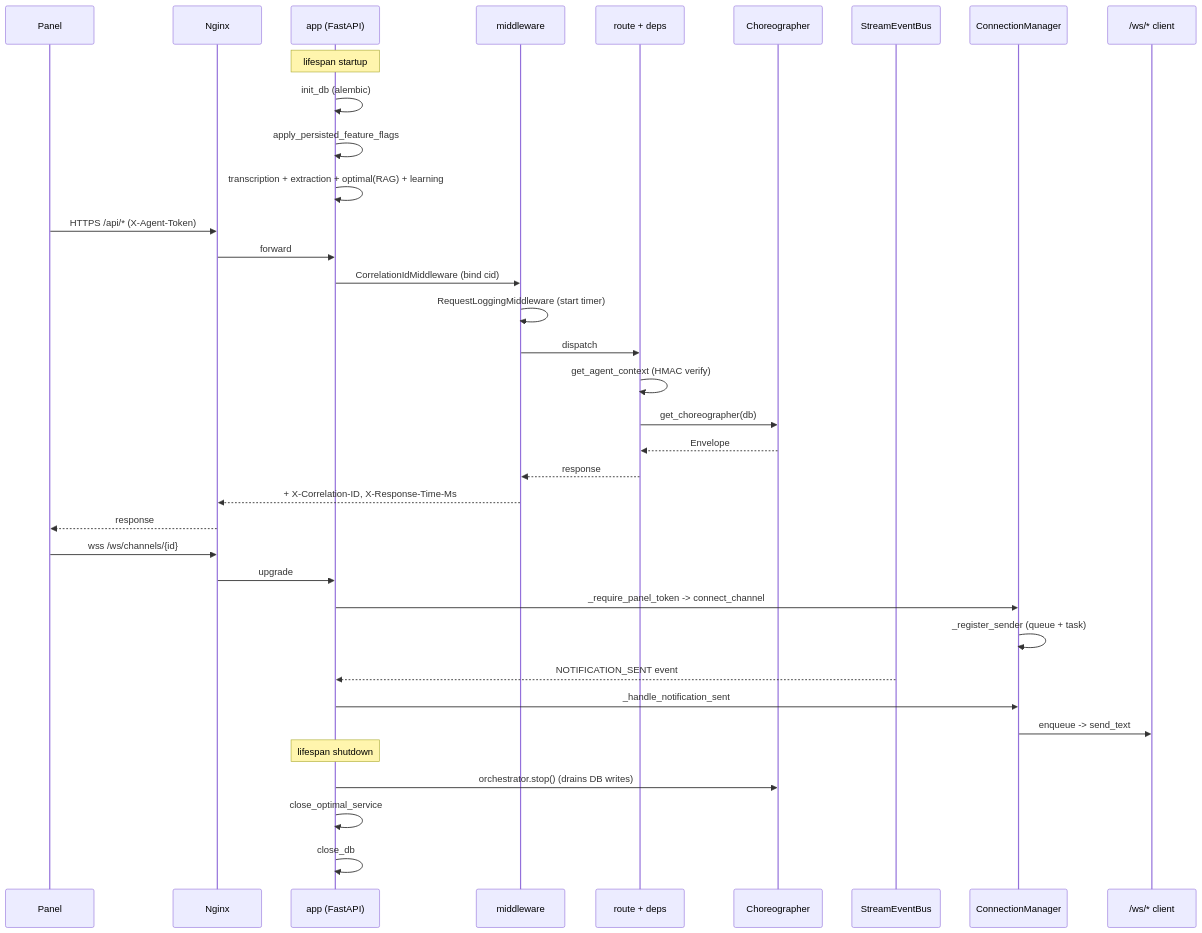
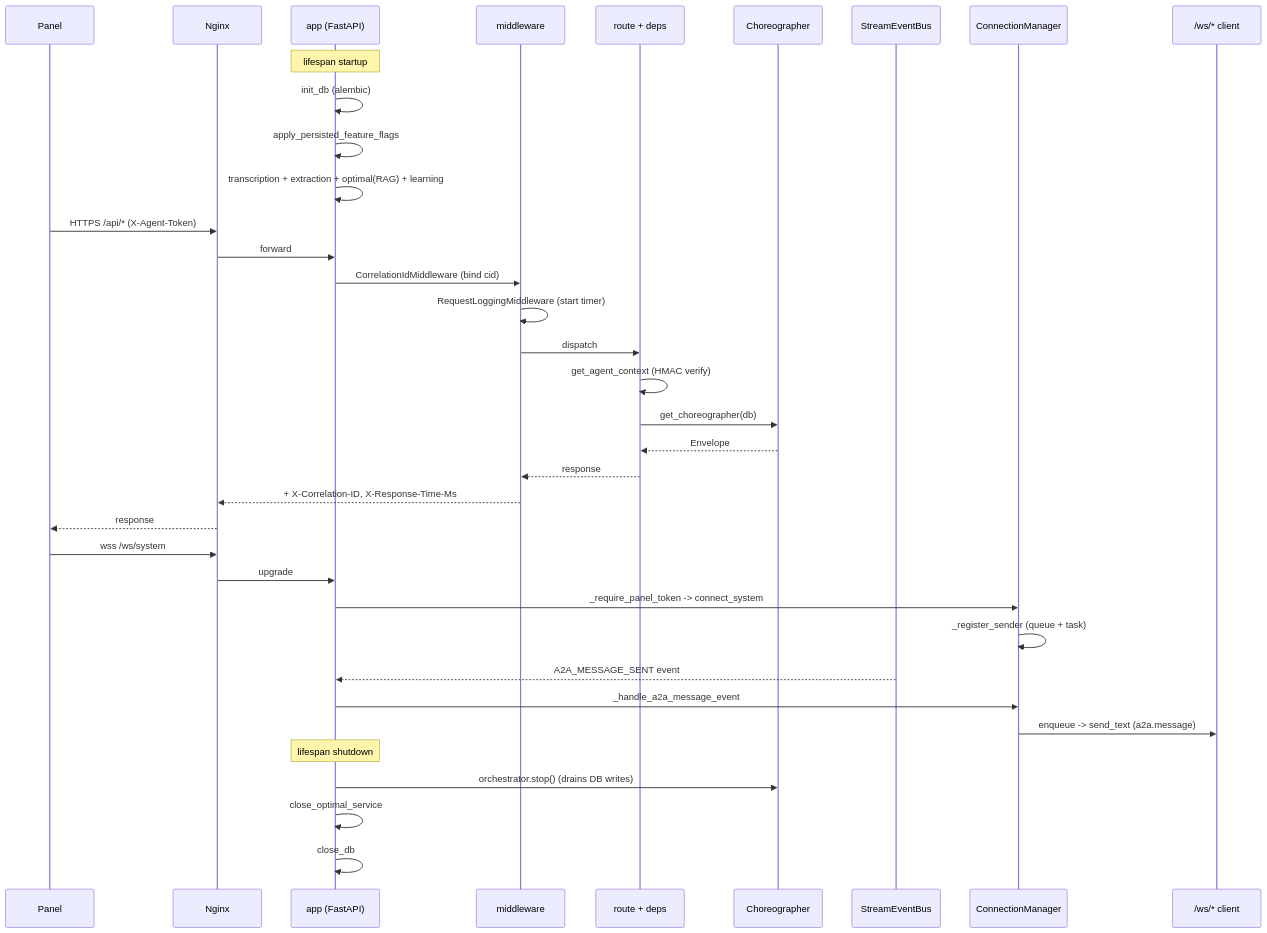
One commit to rennf93/roboco changed the diagram in docs/map/api-core-websocket.md. Above: the diagram before and after it, drawn with Mermaid. The commit also changed other lines of this file and 52 other files, not shown here.

````diff
--- a/docs/map/api-core-websocket.md
+++ b/docs/map/api-core-websocket.md
@@ -98,42 +98,42 @@
 ```mermaid
 sequenceDiagram
     participant Panel
     participant Nginx
     participant ASGI as app (FastAPI)
     participant MW as middleware
     participant Route as route + deps
     participant Chor as Choreographer
     participant Bus as StreamEventBus
     participant Mgr as ConnectionManager
     participant WS as /ws/* client
 
     Note over ASGI: lifespan startup
     ASGI->>ASGI: init_db (alembic)
     ASGI->>ASGI: apply_persisted_feature_flags
     ASGI->>ASGI: transcription + extraction + optimal(RAG) + learning
 
     Panel->>Nginx: HTTPS /api/* (X-Agent-Token)
     Nginx->>ASGI: forward
     ASGI->>MW: CorrelationIdMiddleware (bind cid)
     MW->>MW: RequestLoggingMiddleware (start timer)
     MW->>Route: dispatch
     Route->>Route: get_agent_context (HMAC verify)
     Route->>Chor: get_choreographer(db)
     Chor-->>Route: Envelope
     Route-->>MW: response
     MW-->>Nginx: + X-Correlation-ID, X-Response-Time-Ms
     Nginx-->>Panel: response
 
-    Panel->>Nginx: wss /ws/channels/{id}
+    Panel->>Nginx: wss /ws/system
     Nginx->>ASGI: upgrade
-    ASGI->>Mgr: _require_panel_token -> connect_channel
+    ASGI->>Mgr: _require_panel_token -> connect_system
     Mgr->>Mgr: _register_sender (queue + task)
-    Bus-->>ASGI: NOTIFICATION_SENT event
-    ASGI->>Mgr: _handle_notification_sent
-    Mgr->>WS: enqueue -> send_text
+    Bus-->>ASGI: A2A_MESSAGE_SENT event
+    ASGI->>Mgr: _handle_a2a_message_event
+    Mgr->>WS: enqueue -> send_text (a2a.message)
 
     Note over ASGI: lifespan shutdown
     ASGI->>Chor: orchestrator.stop() (drains DB writes)
     ASGI->>ASGI: close_optimal_service
     ASGI->>ASGI: close_db
 ```
````
